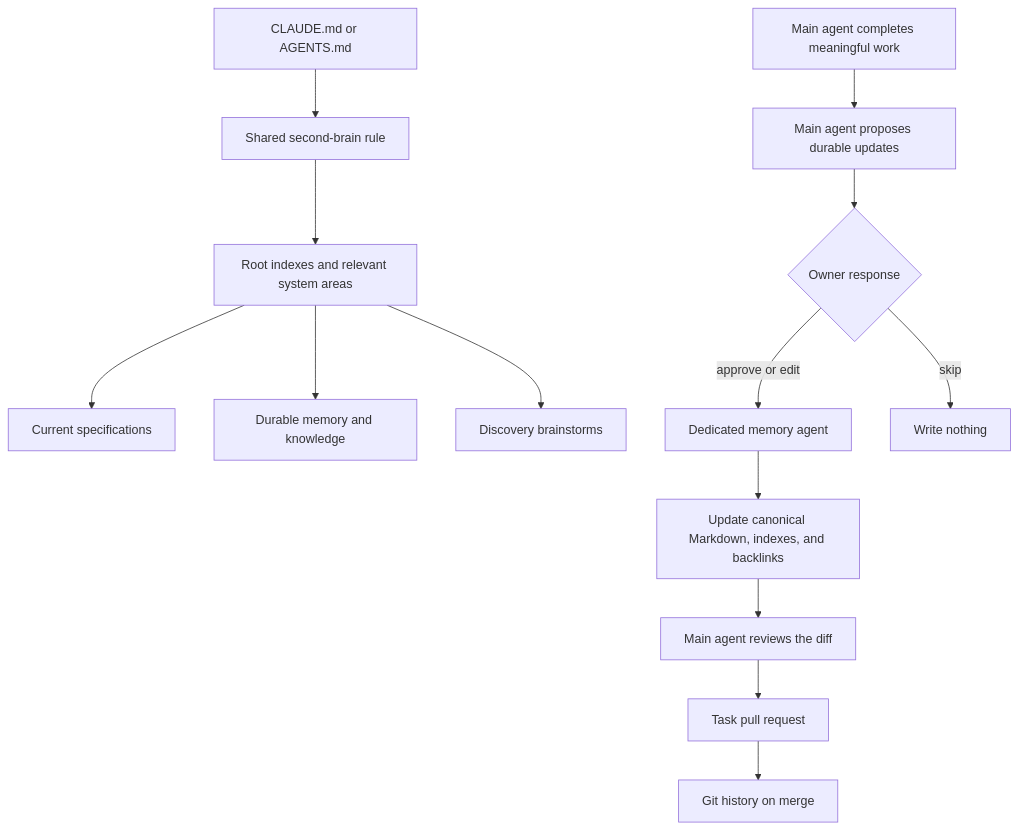
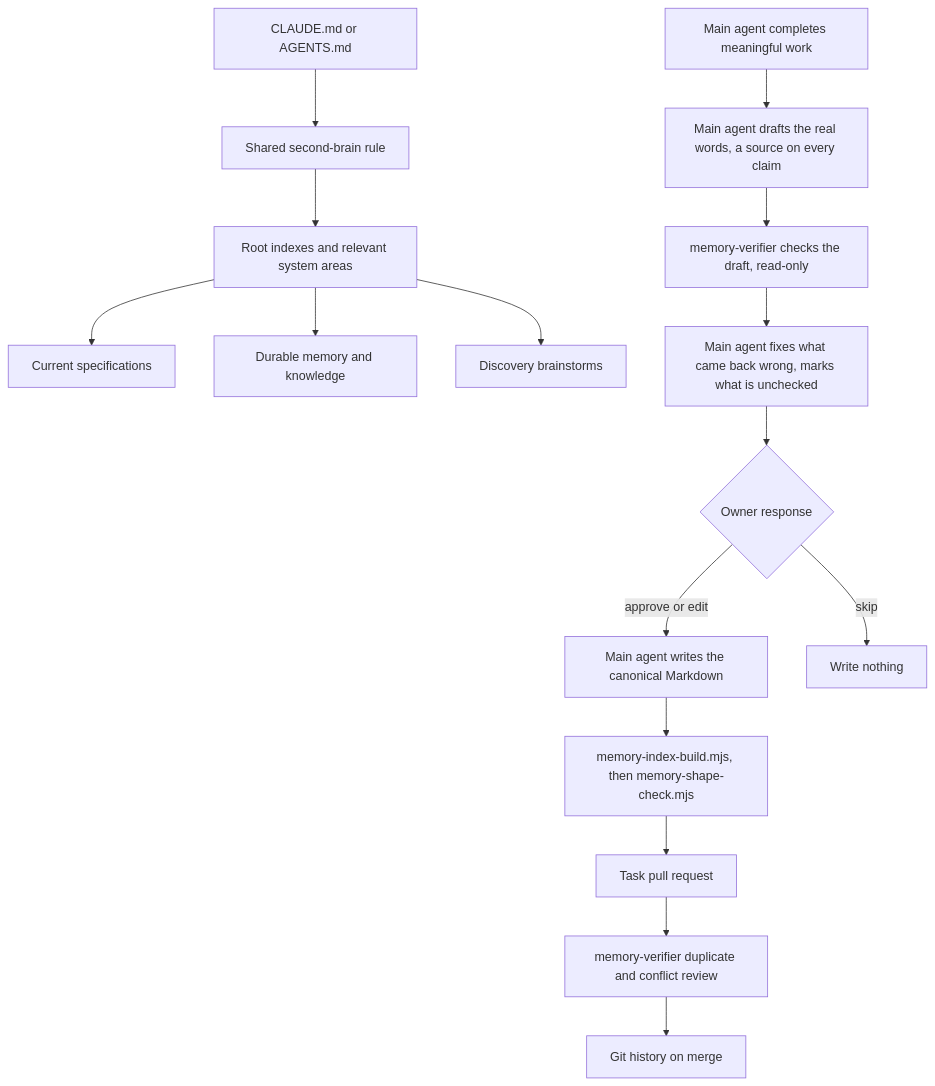
Before and after one commit to Mar5929/claude-toolkit: the first of 2 diagrams in docs/second-brain-v3/README.md, drawn with Mermaid. The commit also changed other lines of this file and 25 other files, not shown here.

````diff
--- a/docs/second-brain-v3/README.md
+++ b/docs/second-brain-v3/README.md
@@ -27,16 +32,18 @@
 ```mermaid
 flowchart TD
     A[CLAUDE.md or AGENTS.md] --> B[Shared second-brain rule]
     B --> C[Root indexes and relevant system areas]
     C --> D[Current specifications]
     C --> E[Durable memory and knowledge]
     C --> F[Discovery brainstorms]
-    G[Main agent completes meaningful work] --> H[Main agent proposes durable updates]
-    H --> I{Owner response}
-    I -->|approve or edit| J[Dedicated memory agent]
-    I -->|skip| K[Write nothing]
-    J --> L[Update canonical Markdown, indexes, and backlinks]
-    L --> M[Main agent reviews the diff]
-    M --> N[Task pull request]
-    N --> O[Git history on merge]
+    G[Main agent completes meaningful work] --> H[Main agent drafts the real words, a source on every claim]
+    H --> I[memory-verifier checks the draft, read-only]
+    I --> J[Main agent fixes what came back wrong, marks what is unchecked]
+    J --> K{Owner response}
+    K -->|approve or edit| L[Main agent writes the canonical Markdown]
+    K -->|skip| M[Write nothing]
+    L --> N[memory-index-build.mjs, then memory-shape-check.mjs]
+    N --> O[Task pull request]
+    O --> P[memory-verifier duplicate and conflict review]
+    P --> Q[Git history on merge]
 ```
````
